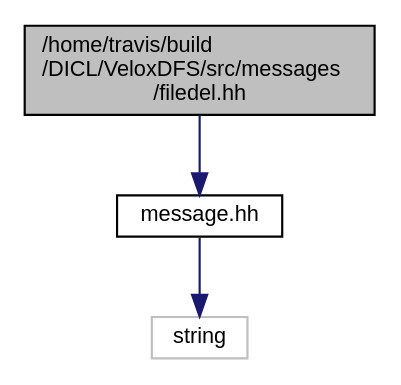
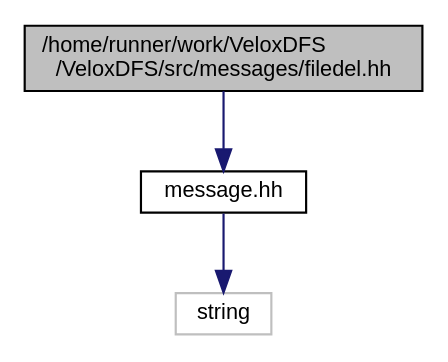
Before and after one commit to DICL/VeloxDFS: the diagram in filedel_8hh__incl.dot, drawn with Graphviz. The commit also changed 1482 other files, not shown here.

```diff
--- a/filedel_8hh__incl.dot
+++ b/filedel_8hh__incl.dot
@@ -1,10 +1,11 @@
-digraph "/home/travis/build/DICL/VeloxDFS/src/messages/filedel.hh"
+digraph "/home/runner/work/VeloxDFS/VeloxDFS/src/messages/filedel.hh"
 {
+ // LATEX_PDF_SIZE
   edge [fontname="Helvetica",fontsize="10",labelfontname="Helvetica",labelfontsize="10"];
   node [fontname="Helvetica",fontsize="10",shape=record];
-  Node1 [label="/home/travis/build\l/DICL/VeloxDFS/src/messages\l/filedel.hh",height=0.2,width=0.4,color="black", fillcolor="grey75", style="filled" fontcolor="black"];
+  Node1 [label="/home/runner/work/VeloxDFS\l/VeloxDFS/src/messages/filedel.hh",height=0.2,width=0.4,color="black", fillcolor="grey75", style="filled", fontcolor="black",tooltip=" "];
   Node1 -> Node2 [color="midnightblue",fontsize="10",style="solid",fontname="Helvetica"];
-  Node2 [label="message.hh",height=0.2,width=0.4,color="black", fillcolor="white", style="filled",URL="$message_8hh.html"];
+  Node2 [label="message.hh",height=0.2,width=0.4,color="black", fillcolor="white", style="filled",URL="$message_8hh.html",tooltip=" "];
   Node2 -> Node3 [color="midnightblue",fontsize="10",style="solid",fontname="Helvetica"];
-  Node3 [label="string",height=0.2,width=0.4,color="grey75", fillcolor="white", style="filled"];
+  Node3 [label="string",height=0.2,width=0.4,color="grey75", fillcolor="white", style="filled",tooltip=" "];
 }
```
